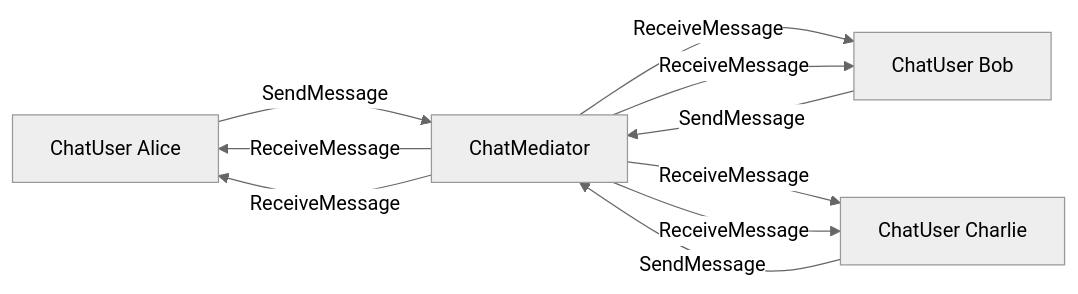
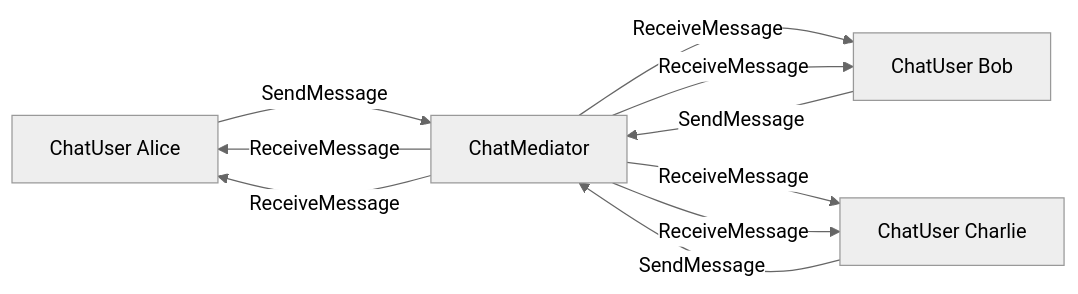
The diagram in src/Mediator/README.md (mamagarage/mama-design-patterns), drawn with Mermaid before and after one commit.

````diff
--- a/src/Mediator/README.md
+++ b/src/Mediator/README.md
@@ -7,26 +7,26 @@
 ```mermaid
 ---
 config:
   showSequenceNumbers: true
   theme: neutral
 ---
 
-%%{init: {"flowchart": {"diagramPadding": 150}}}%%
+%%{init: {"flowchart": {"diagramPadding": 100}}}%%
 flowchart LR
     A[ChatUser Alice]
     B[ChatUser Bob]
     C[ChatUser Charlie]
     M[ChatMediator]
 
     A -->|SendMessage| M
     M -->|ReceiveMessage| B
     M -->|ReceiveMessage| C
 
     B -->|SendMessage| M
     M -->|ReceiveMessage| A
     M -->|ReceiveMessage| C
 
     C -->|SendMessage| M
     M -->|ReceiveMessage| A
     M -->|ReceiveMessage| B
 ```
````
